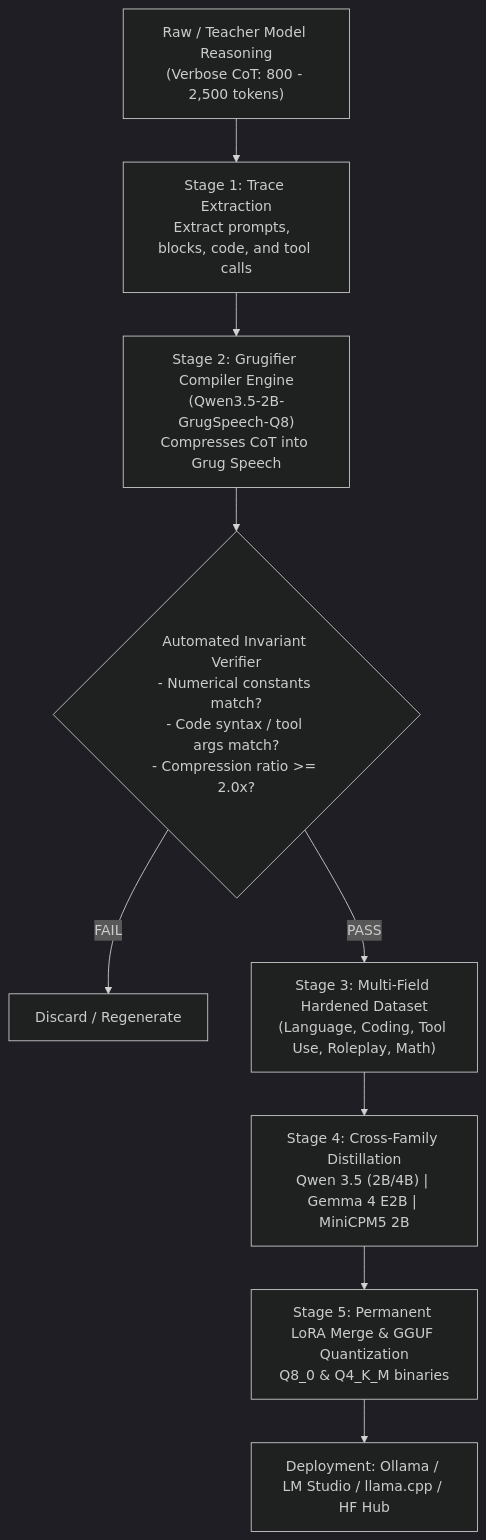
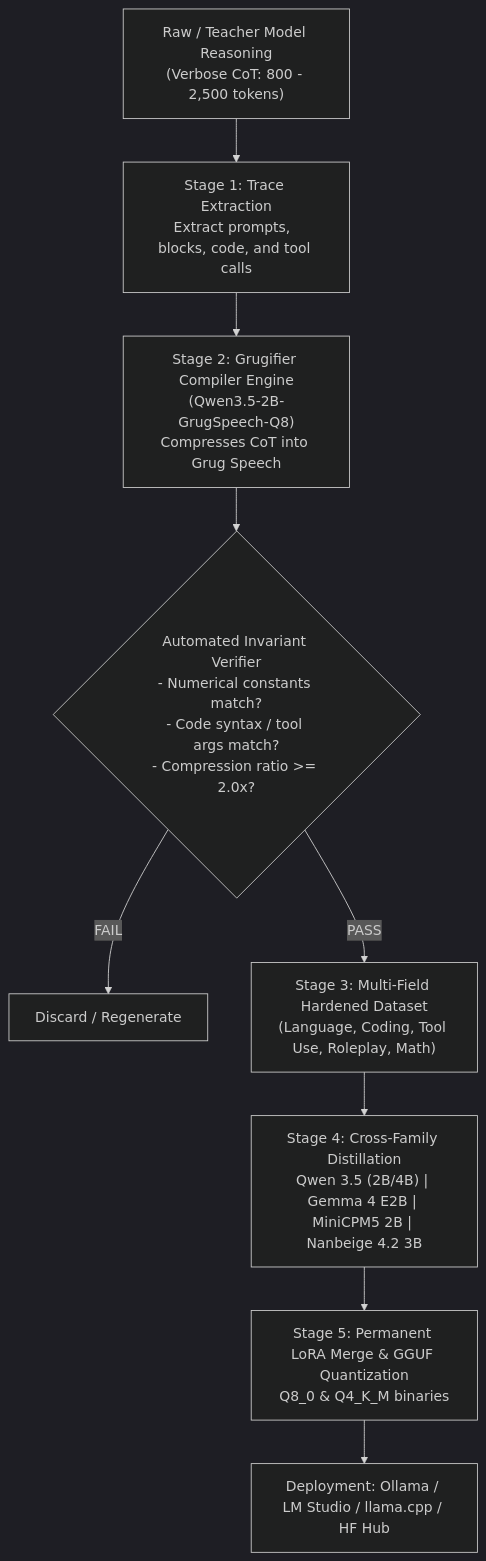
The first of 5 diagrams in reports_and_decisions/grug_speech_technical_report.md (Nov4Saki/grug-speech-reasoning), drawn with Mermaid (dark theme) before and after one commit. The commit also changed other lines of this file and 5 other files, not shown here.

Commit message:
docs(report): remake technical report with 11-model isolated benchmark, Grug vs Base proof, and 1-bit Bonsai scaling analysis

````diff
--- a/reports_and_decisions/grug_speech_technical_report.md
+++ b/reports_and_decisions/grug_speech_technical_report.md
@@ -31,11 +29,21 @@
 ```mermaid
 flowchart TD
-    A["Raw / Teacher Model Reasoning\n(Verbose CoT: 800 - 2,500 tokens)"] --> B["Stage 1: Trace Extraction\nExtract prompts, <think> blocks, code, and tool calls"]
-    B --> C["Stage 2: Grugifier Compiler Engine\n(Qwen3.5-2B-GrugSpeech-Q8)\nCompresses CoT into Grug Speech"]
-    C --> D{"Automated Invariant Verifier\n- Numerical constants match?\n- Code syntax / tool args match?\n- Compression ratio >= 2.0x?"}
+    A["Raw / Teacher Model Reasoning
+(Verbose CoT: 800 - 2,500 tokens)"] --> B["Stage 1: Trace Extraction
+Extract prompts, <think> blocks, code, and tool calls"]
+    B --> C["Stage 2: Grugifier Compiler Engine
+(Qwen3.5-2B-GrugSpeech-Q8)
+Compresses CoT into Grug Speech"]
+    C --> D{"Automated Invariant Verifier
+- Numerical constants match?
+- Code syntax / tool args match?
+- Compression ratio >= 2.0x?"}
     D -- "FAIL" --> E["Discard / Regenerate"]
-    D -- "PASS" --> F["Stage 3: Multi-Field Hardened Dataset\n(Language, Coding, Tool Use, Roleplay, Math)"]
-    F --> G["Stage 4: Cross-Family Distillation\nQwen 3.5 (2B/4B) | Gemma 4 E2B | MiniCPM5 2B"]
-    G --> H["Stage 5: Permanent LoRA Merge & GGUF Quantization\nQ8_0 & Q4_K_M binaries"]
+    D -- "PASS" --> F["Stage 3: Multi-Field Hardened Dataset
+(Language, Coding, Tool Use, Roleplay, Math)"]
+    F --> G["Stage 4: Cross-Family Distillation
+Qwen 3.5 (2B/4B) | Gemma 4 E2B | MiniCPM5 2B | Nanbeige 4.2 3B"]
+    G --> H["Stage 5: Permanent LoRA Merge & GGUF Quantization
+Q8_0 & Q4_K_M binaries"]
     H --> I["Deployment: Ollama / LM Studio / llama.cpp / HF Hub"]
 ```
````
